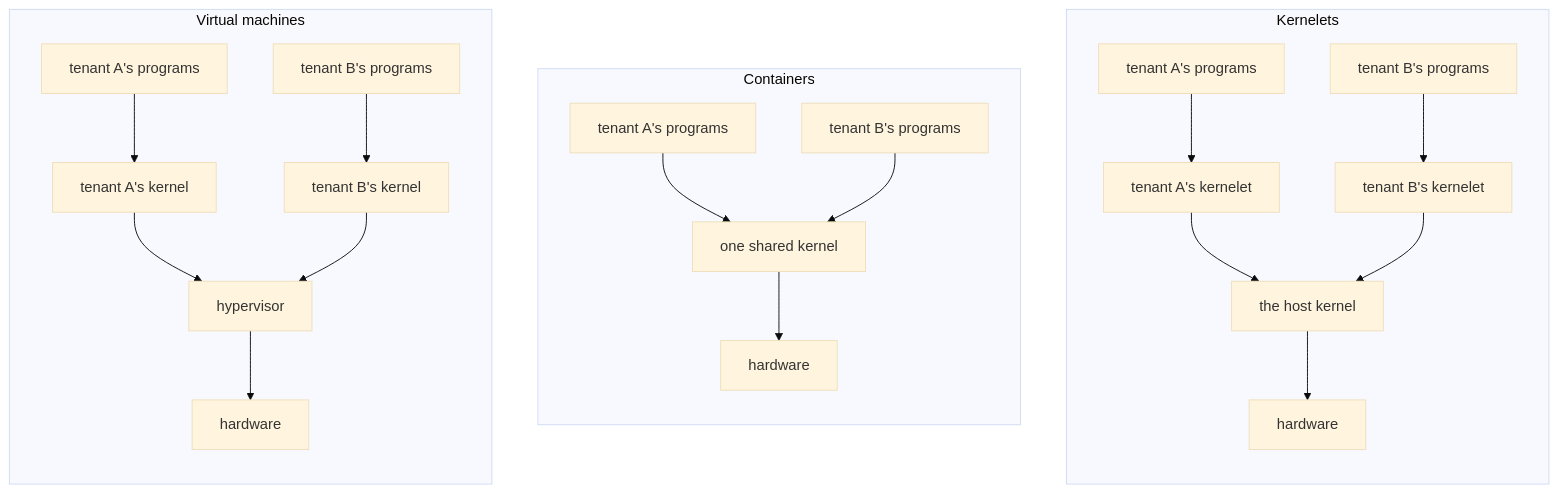
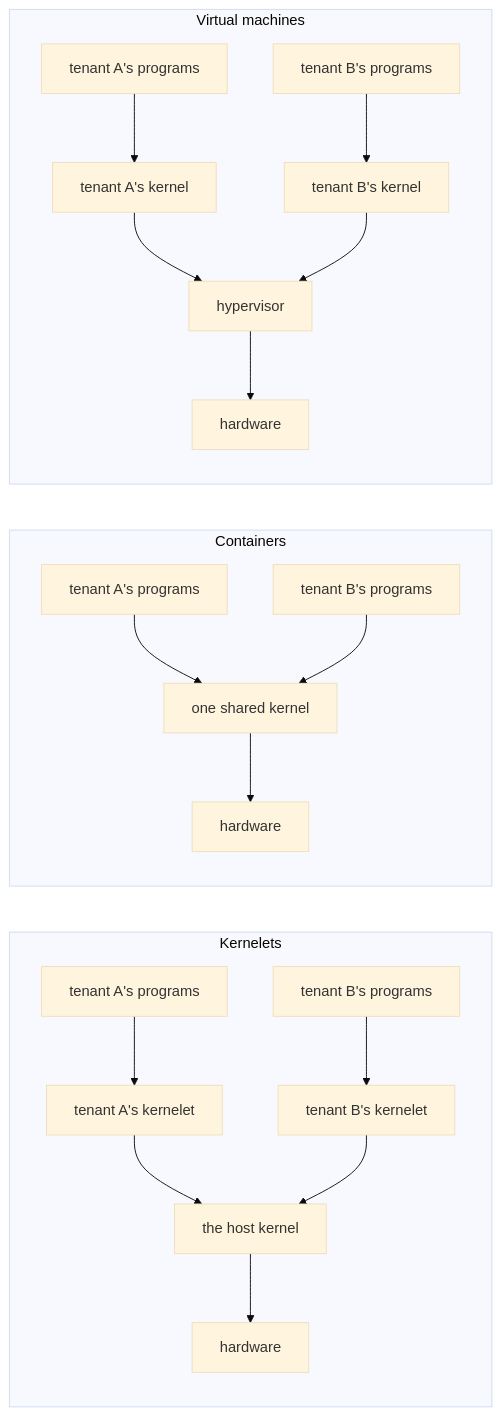
Before and after one commit to Plucky923/kernelet: the diagram in src/why-a-kernel-of-your-own.md, drawn with Mermaid (base theme). The commit also changed other lines of this file and 33 other files, not shown here.

````diff
--- a/src/why-a-kernel-of-your-own.md
+++ b/src/why-a-kernel-of-your-own.md
@@ -13,25 +13,25 @@
 ```mermaid
-flowchart TB
+flowchart LR
     subgraph KL["Kernelets"]
         direction TB
         a3[tenant A's programs] --> akl[tenant A's kernelet]
         b3[tenant B's programs] --> bkl[tenant B's kernelet]
         akl --> hk[the host kernel]
         bkl --> hk
         hk --> hw3[hardware]
     end
     subgraph CT["Containers"]
         direction TB
         a2[tenant A's programs] --> sk[one shared kernel]
         b2[tenant B's programs] --> sk
         sk --> hw2[hardware]
     end
     subgraph VM["Virtual machines"]
         direction TB
         a1[tenant A's programs] --> ak[tenant A's kernel]
         b1[tenant B's programs] --> bk[tenant B's kernel]
         ak --> hv[hypervisor]
         bk --> hv
         hv --> hw1[hardware]
     end
 ```
````
